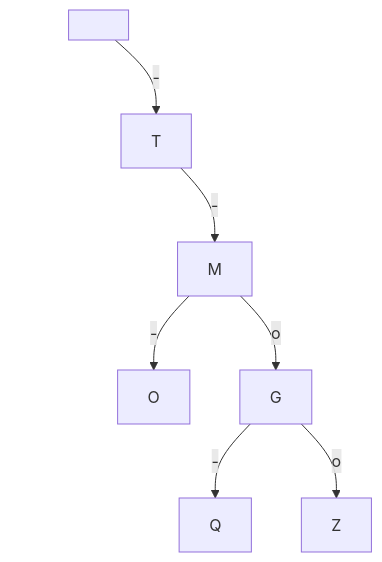
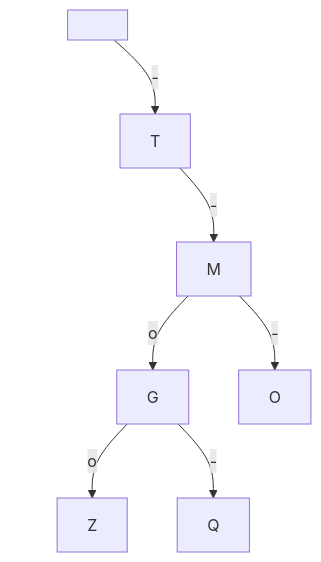
One commit to guarim/qcm-construction changed the diagram in docs/Terminale/Annales/Corriges/23-NSIJ2LR1.md. Above: the diagram before and after it, drawn with Mermaid. The commit also changed other lines of this file and 5 other files, not shown here.

````diff
--- a/docs/Terminale/Annales/Corriges/23-NSIJ2LR1.md
+++ b/docs/Terminale/Annales/Corriges/23-NSIJ2LR1.md
@@ -20,15 +19,15 @@
 ```mermaid
     graph TD
     R1[" "] --> V1[" "]
     R1-- - --> T["T"]
     T --> V2[" "]
     T -- - --> M["M"]
+    M -- o --> G["G"]
     M -- - --> O["O"]
-    M -- o --> G["G"]
+    G -- o --> Z["Z"]
     G -- - --> Q["Q"]
-    G -- o --> Z["Z"]
     style V1 fill:#FFFFFF, stroke:#FFFFFF
     linkStyle 0 stroke:#FFFFFF,stroke-width:0px
     style V2 fill:#FFFFFF, stroke:#FFFFFF
     linkStyle 2 stroke:#FFFFFF,stroke-width:0px
 ```
````
